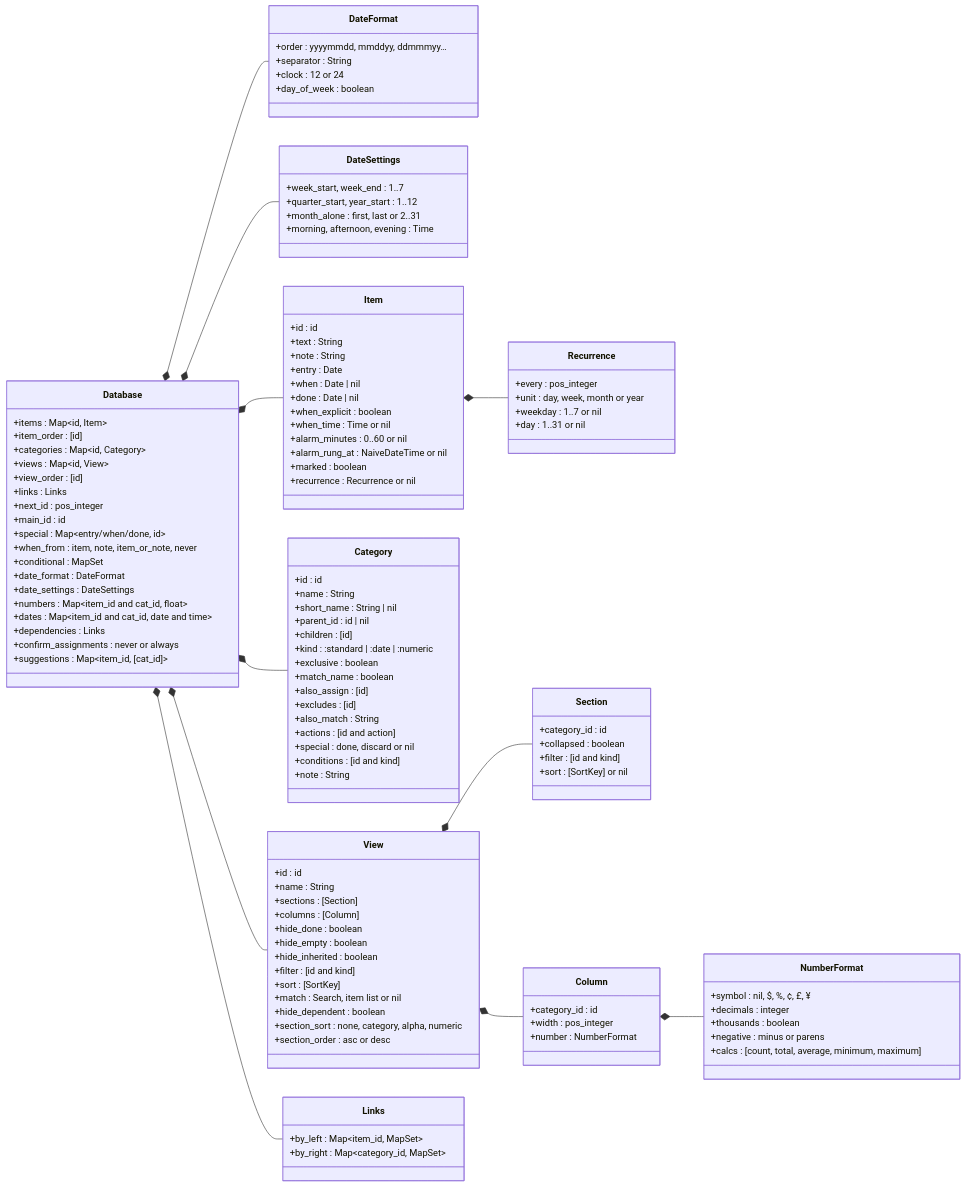
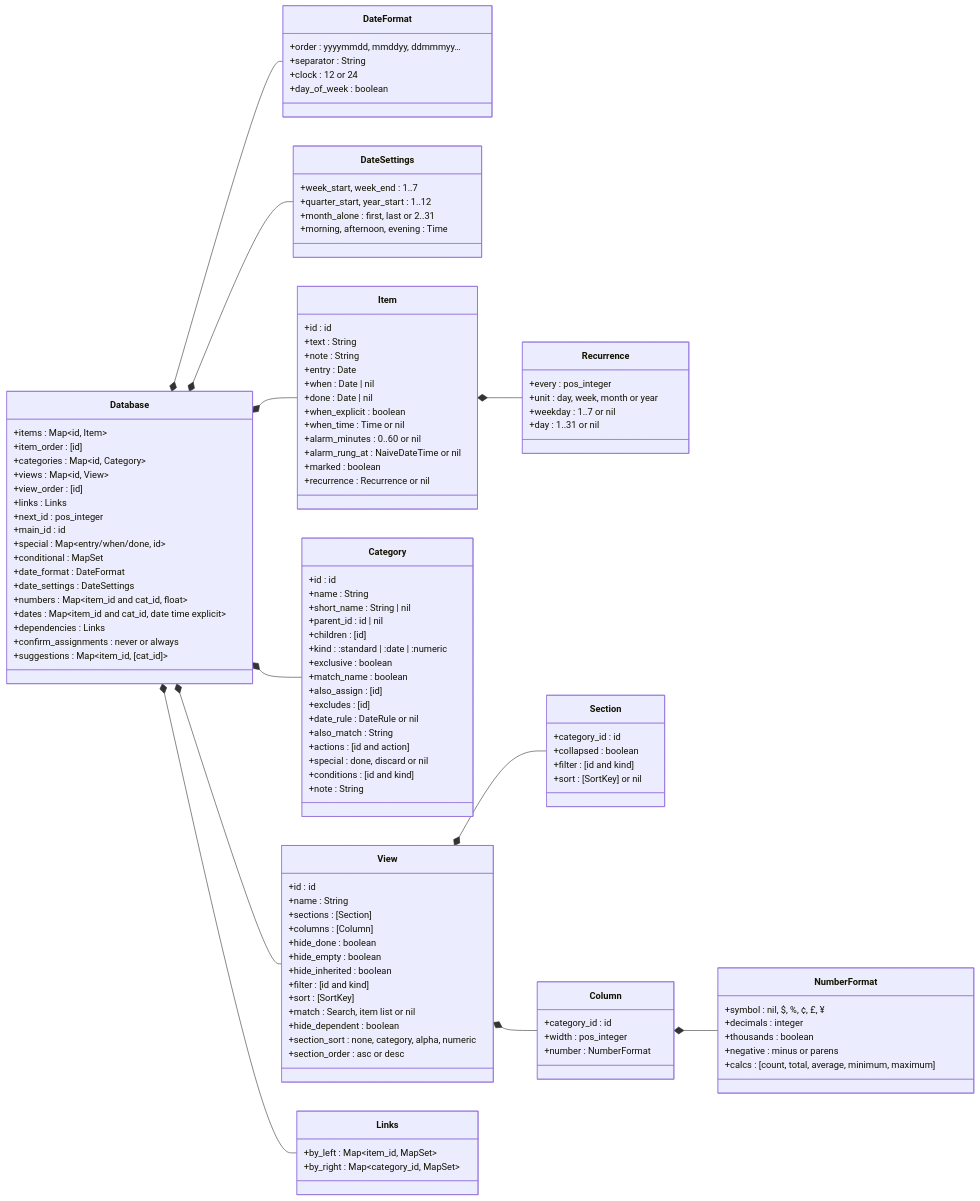
Before and after one commit to jamting/agendum: the second of 6 diagrams in docs/DATA_MODEL.md, drawn with Mermaid. The commit also changed other lines of this file and 23 other files, not shown here.

```diff
--- a/docs/DATA_MODEL.md
+++ b/docs/DATA_MODEL.md
@@ -120,12 +120,11 @@
         +next_id : pos_integer
         +main_id : id
         +special : Map~entry/when/done, id~
-        +when_from : item, note, item_or_note, never
         +conditional : MapSet
         +date_format : DateFormat
         +date_settings : DateSettings
         +numbers : Map~item_id and cat_id, float~
-        +dates : Map~item_id and cat_id, date and time~
+        +dates : Map~item_id and cat_id, date time explicit~
         +dependencies : Links
         +confirm_assignments : never or always
         +suggestions : Map~item_id, [cat_id]~
@@ -173,6 +172,7 @@
         +match_name : boolean
         +also_assign : [id]
         +excludes : [id]
+        +date_rule : DateRule or nil
         +also_match : String
         +actions : [id and action]
         +special : done, discard or nil
```
